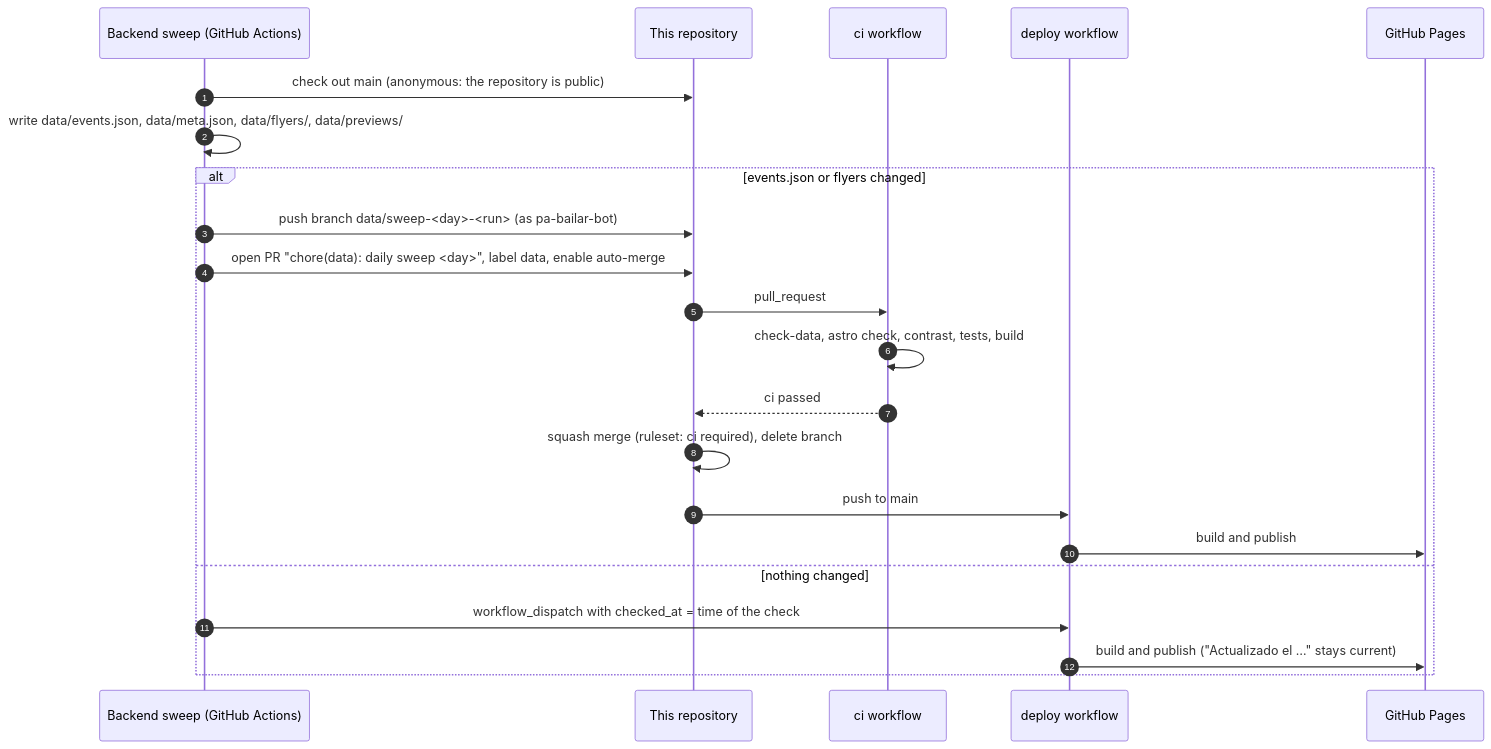
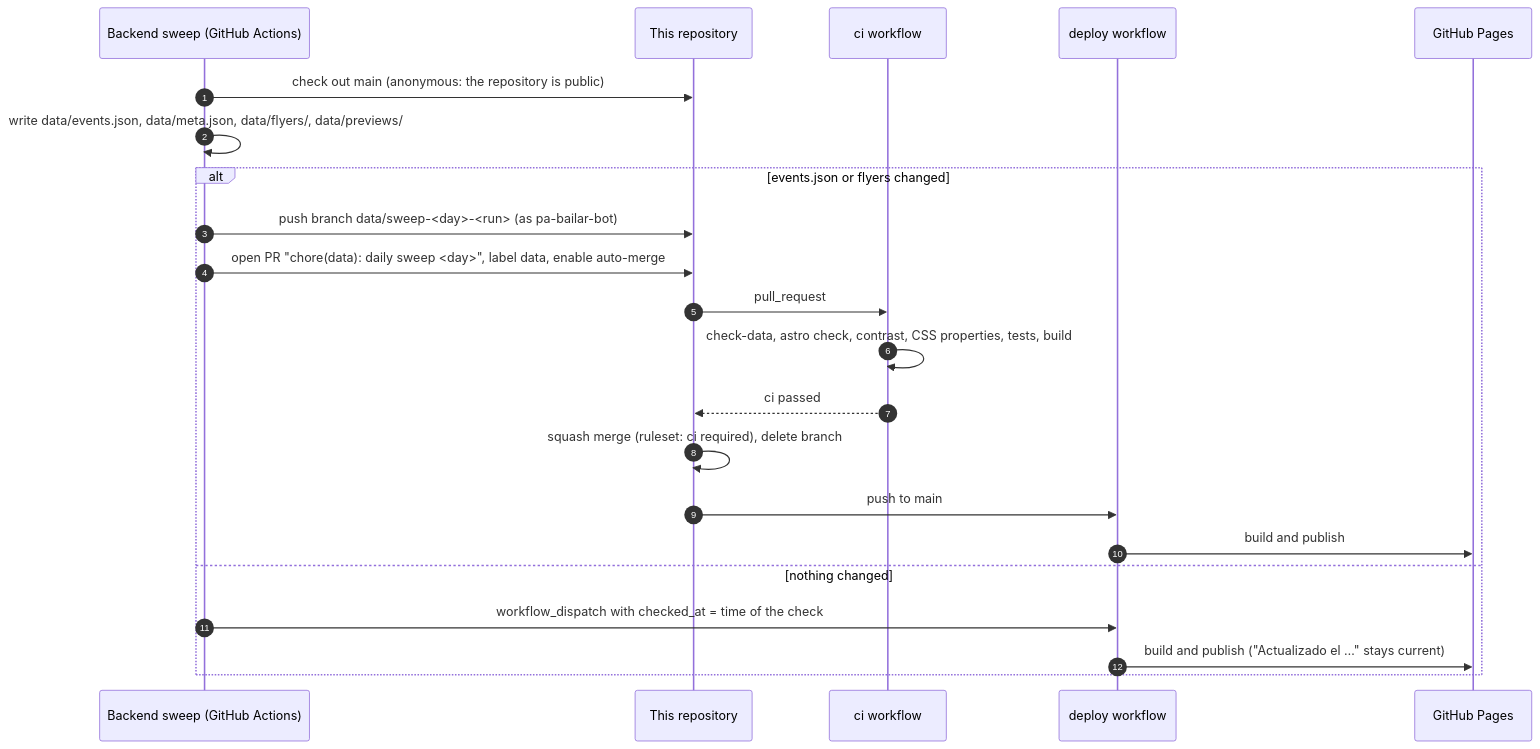
The second of 9 diagrams in docs/ARCHITECTURE.md (pa-bailar/pa-bailar.github.io), drawn with Mermaid before and after one commit. The commit also changed other lines of this file and 2 other files, not shown here.

First line of the commit message:
docs: list the CSS properties check everywhere ci is described (#78)

````diff
--- a/docs/ARCHITECTURE.md
+++ b/docs/ARCHITECTURE.md
@@ -79,25 +79,25 @@
 ```mermaid
 sequenceDiagram
     autonumber
     participant B as Backend sweep (GitHub Actions)
     participant R as This repository
     participant CI as ci workflow
     participant D as deploy workflow
     participant P as GitHub Pages
 
     B->>R: check out main (anonymous: the repository is public)
     B->>B: write data/events.json, data/meta.json, data/flyers/, data/previews/
     alt events.json or flyers changed
         B->>R: push branch data/sweep-<day>-<run> (as pa-bailar-bot)
         B->>R: open PR "chore(data): daily sweep <day>", label data, enable auto-merge
         R->>CI: pull_request
-        CI->>CI: check-data, astro check, contrast, tests, build
+        CI->>CI: check-data, astro check, contrast, CSS properties, tests, build
         CI-->>R: ci passed
         R->>R: squash merge (ruleset: ci required), delete branch
         R->>D: push to main
         D->>P: build and publish
     else nothing changed
         B->>D: workflow_dispatch with checked_at = time of the check
         D->>P: build and publish ("Actualizado el …" stays current)
     end
 ```
````
